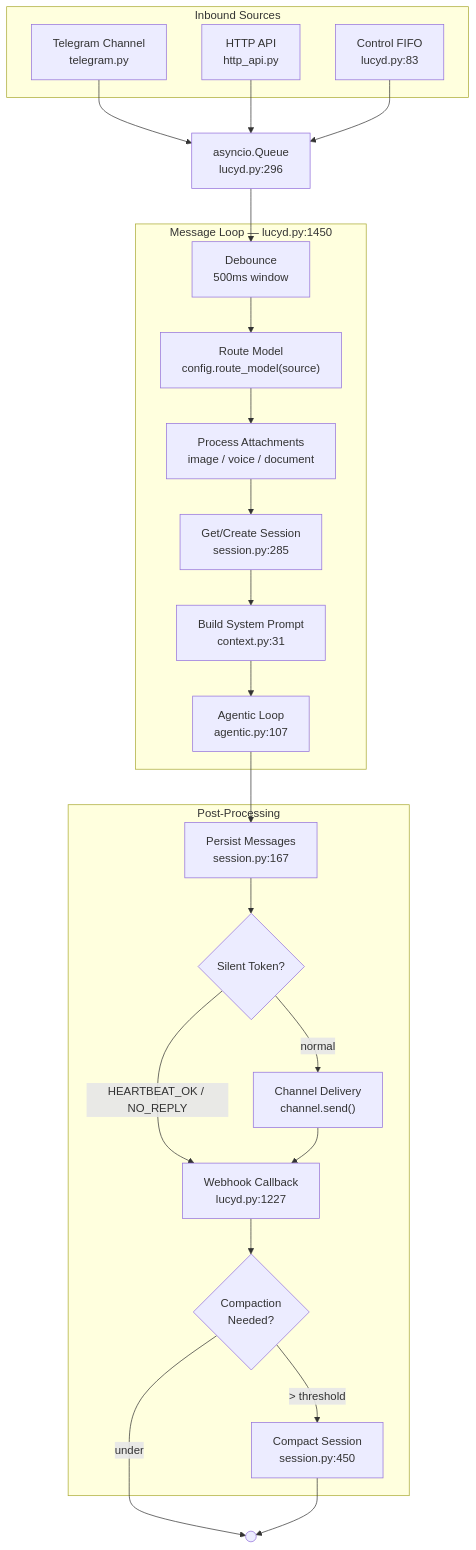
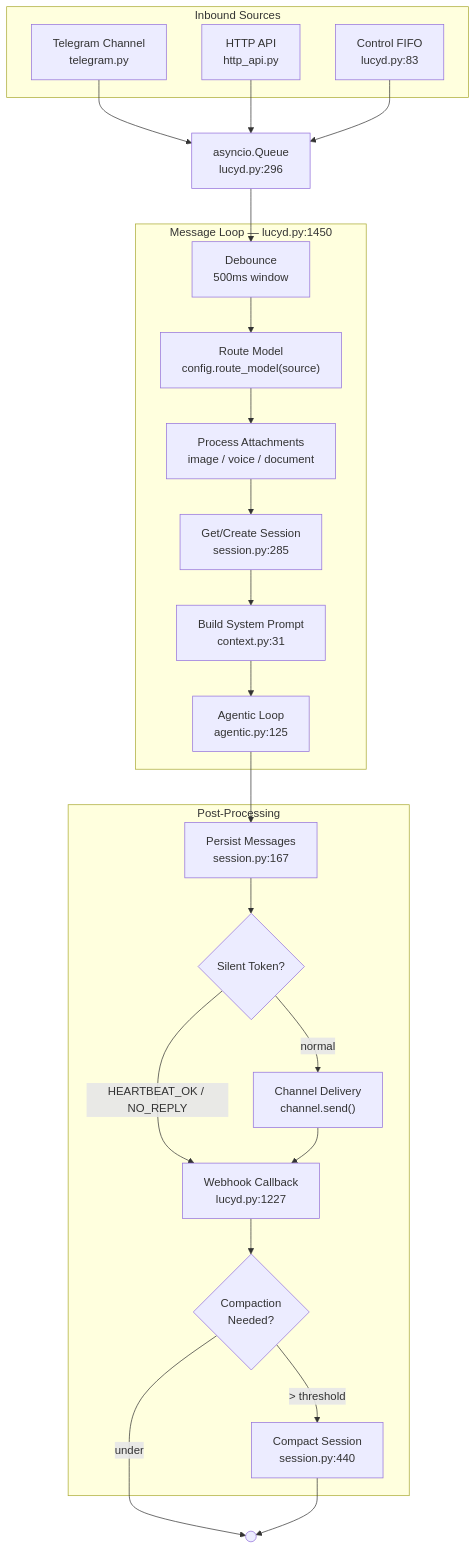
Before and after one commit to nicolasforstinger/lucyd: the first of 8 diagrams in docs/diagrams.md, drawn with Mermaid. The commit also changed other lines of this file and 24 other files, not shown here.

````diff
--- a/docs/diagrams.md
+++ b/docs/diagrams.md
@@ -11,40 +11,40 @@
 ```mermaid
 flowchart TD
     subgraph Sources["Inbound Sources"]
         TG["Telegram Channel<br/>telegram.py"]
         HTTP["HTTP API<br/>http_api.py"]
         FIFO["Control FIFO<br/>lucyd.py:83"]
     end
 
     Q["asyncio.Queue<br/>lucyd.py:296"]
 
     subgraph Loop["Message Loop — lucyd.py:1450"]
         DEB["Debounce<br/>500ms window"]
         ROUTE["Route Model<br/>config.route_model(source)"]
         MEDIA["Process Attachments<br/>image / voice / document"]
         SESSION["Get/Create Session<br/>session.py:285"]
         CTX["Build System Prompt<br/>context.py:31"]
-        AGENTIC["Agentic Loop<br/>agentic.py:107"]
+        AGENTIC["Agentic Loop<br/>agentic.py:125"]
     end
 
     subgraph Post["Post-Processing"]
         PERSIST["Persist Messages<br/>session.py:167"]
         SILENT{"Silent Token?"}
         DELIVER["Channel Delivery<br/>channel.send()"]
         WEBHOOK["Webhook Callback<br/>lucyd.py:1227"]
         COMPACT{"Compaction<br/>Needed?"}
-        DO_COMPACT["Compact Session<br/>session.py:450"]
+        DO_COMPACT["Compact Session<br/>session.py:440"]
     end
 
     TG --> Q
     HTTP --> Q
     FIFO --> Q
     Q --> DEB --> ROUTE --> MEDIA --> SESSION --> CTX --> AGENTIC
     AGENTIC --> PERSIST --> SILENT
     SILENT -->|"HEARTBEAT_OK / NO_REPLY"| WEBHOOK
     SILENT -->|normal| DELIVER --> WEBHOOK
     WEBHOOK --> COMPACT
     COMPACT -->|"> threshold"| DO_COMPACT
     COMPACT -->|under| END(( ))
     DO_COMPACT --> END
 ```
````
